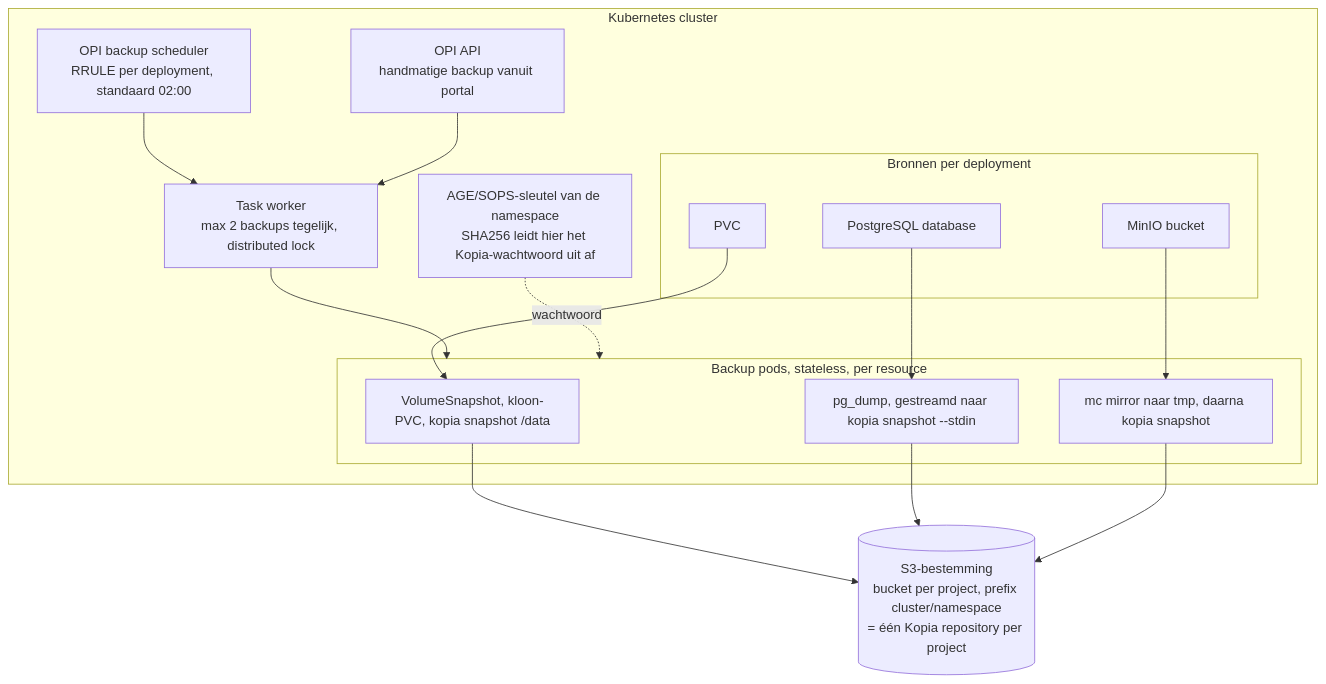
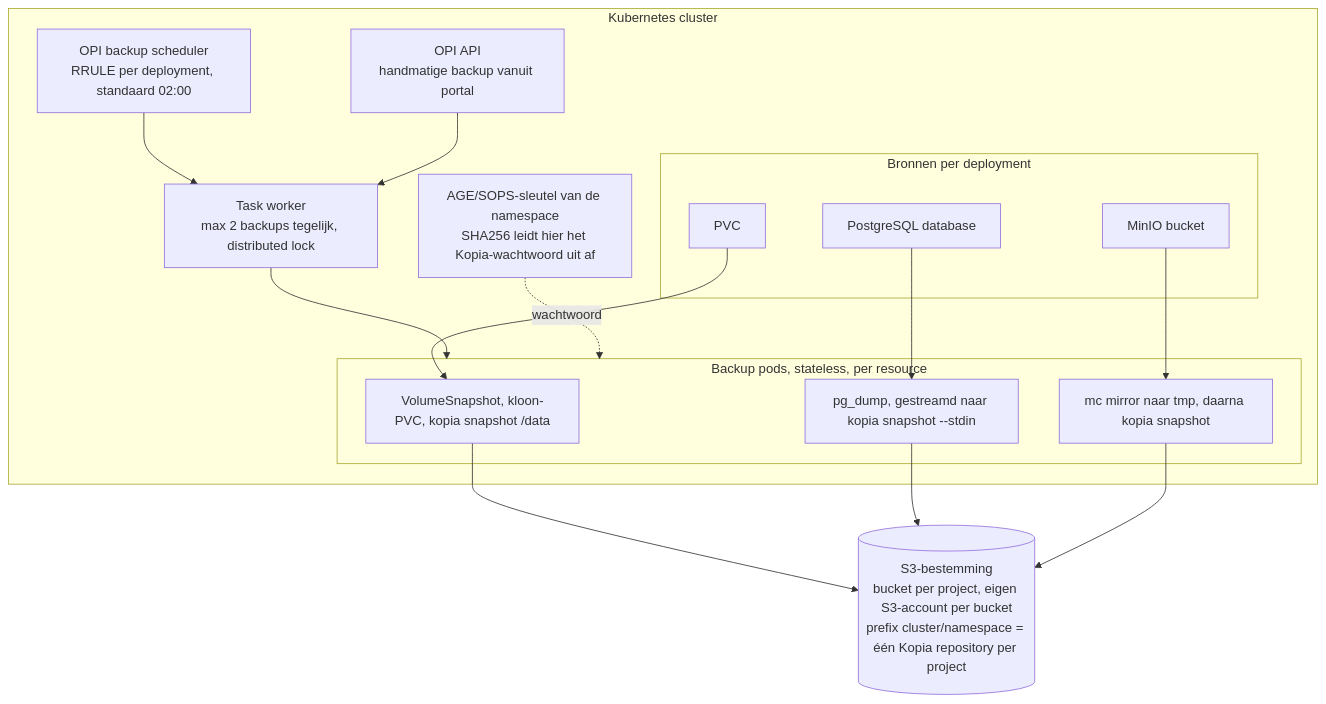
Before and after one commit to RijksICTGilde/RIG-Cluster: the first of 2 diagrams in docs/backup-architectuur-overzicht.md, drawn with Mermaid. The commit also changed other lines of this file and 19 other files, not shown here.

````diff
--- a/docs/backup-architectuur-overzicht.md
+++ b/docs/backup-architectuur-overzicht.md
@@ -9,35 +9,35 @@
 ```mermaid
 flowchart TB
     subgraph cluster["Kubernetes cluster"]
         SCHED["OPI backup scheduler<br/>RRULE per deployment, standaard 02:00"]
         API["OPI API<br/>handmatige backup vanuit portal"]
         WORK["Task worker<br/>max 2 backups tegelijk, distributed lock"]
 
         subgraph bronnen["Bronnen per deployment"]
             PVC["PVC"]
             DB["PostgreSQL database"]
             BUCKET["MinIO bucket"]
         end
 
         subgraph pods["Backup pods, stateless, per resource"]
             P1["VolumeSnapshot, kloon-PVC, kopia snapshot /data"]
             P2["pg_dump, gestreamd naar kopia snapshot --stdin"]
             P3["mc mirror naar tmp, daarna kopia snapshot"]
         end
 
         KEY["AGE/SOPS-sleutel van de namespace<br/>SHA256 leidt hier het Kopia-wachtwoord uit af"]
     end
 
-    S3[("S3-bestemming<br/>bucket per project, prefix cluster/namespace<br/>= één Kopia repository per project")]
+    S3[("S3-bestemming<br/>bucket per project, eigen S3-account per bucket<br/>prefix cluster/namespace = één Kopia repository per project")]
 
     SCHED --> WORK
     API --> WORK
     WORK --> pods
     PVC --> P1
     DB --> P2
     BUCKET --> P3
     KEY -.wachtwoord.-> pods
     P1 --> S3
     P2 --> S3
     P3 --> S3
 ```
````
